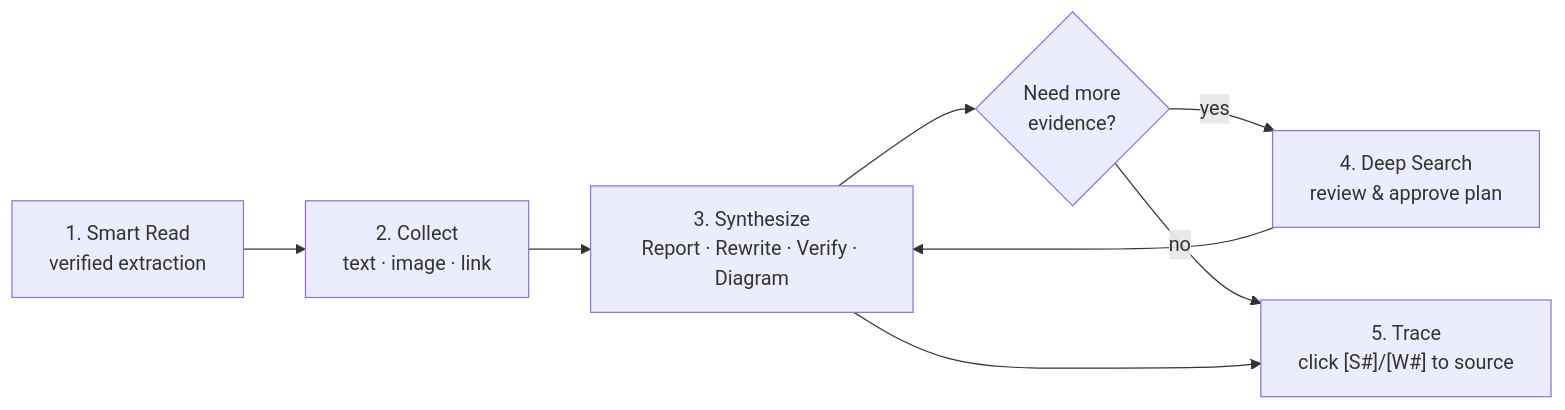
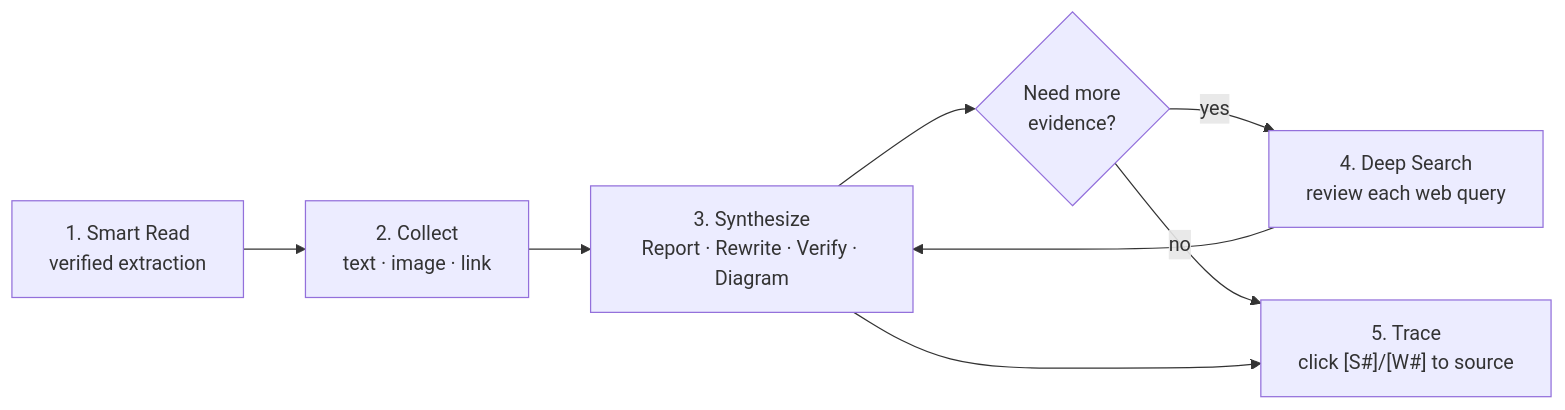
One commit to wotchin/weft changed the diagram in README.md. Above: the diagram before and after it, drawn with Mermaid. The commit also changed other lines of this file and 22 other files, not shown here.

````diff
--- a/README.md
+++ b/README.md
@@ -84,10 +95,10 @@
 ```mermaid
 flowchart LR
     A[1. Smart Read<br/>verified extraction] --> B[2. Collect<br/>text · image · link]
     B --> C[3. Synthesize<br/>Report · Rewrite · Verify · Diagram]
     C --> D{Need more<br/>evidence?}
-    D -- yes --> E[4. Deep Search<br/>review & approve plan]
+    D -- yes --> E[4. Deep Search<br/>review each web query]
     E --> C
     D -- no --> F["5. Trace<br/>click [S#]/[W#] to source"]
     C --> F
 ```
````
